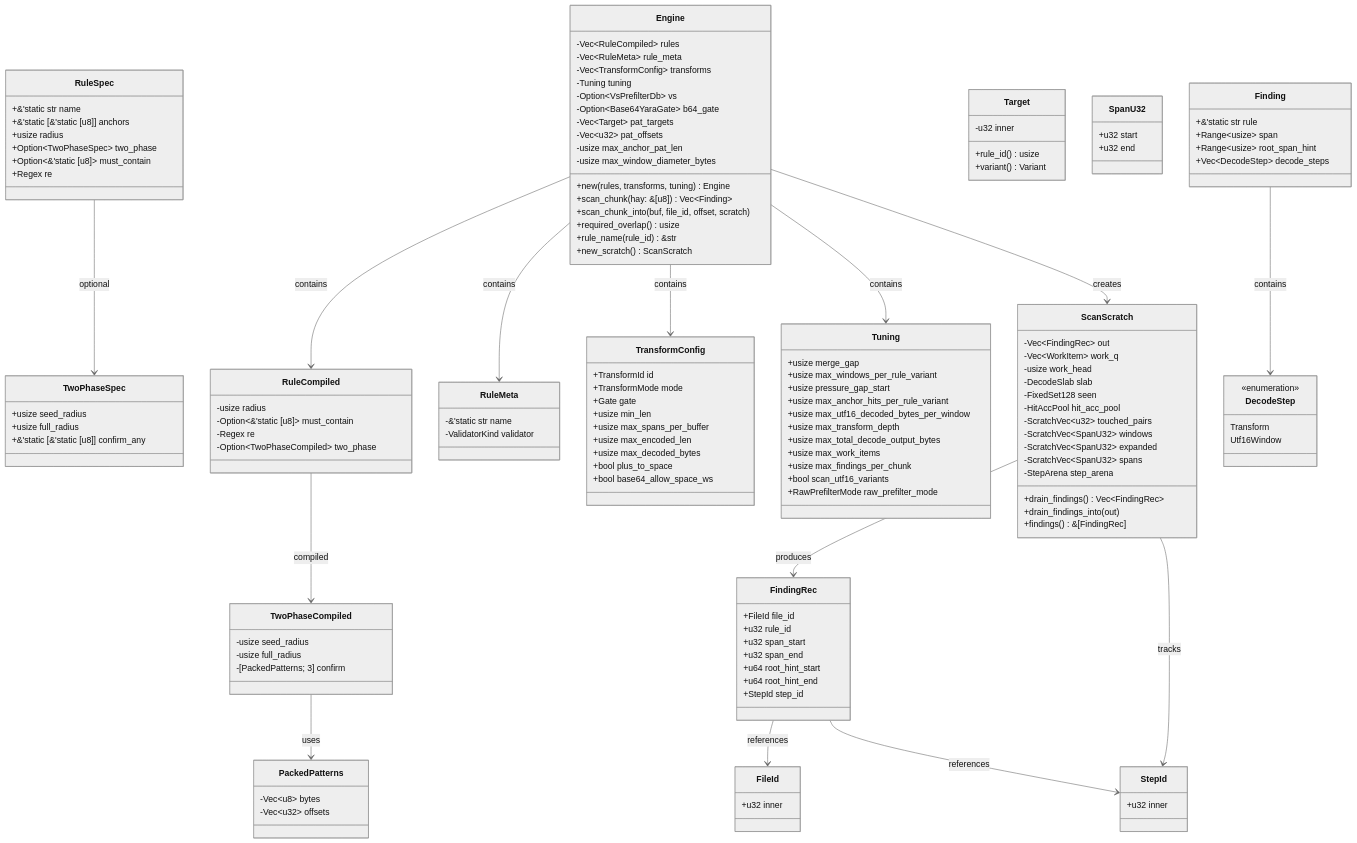
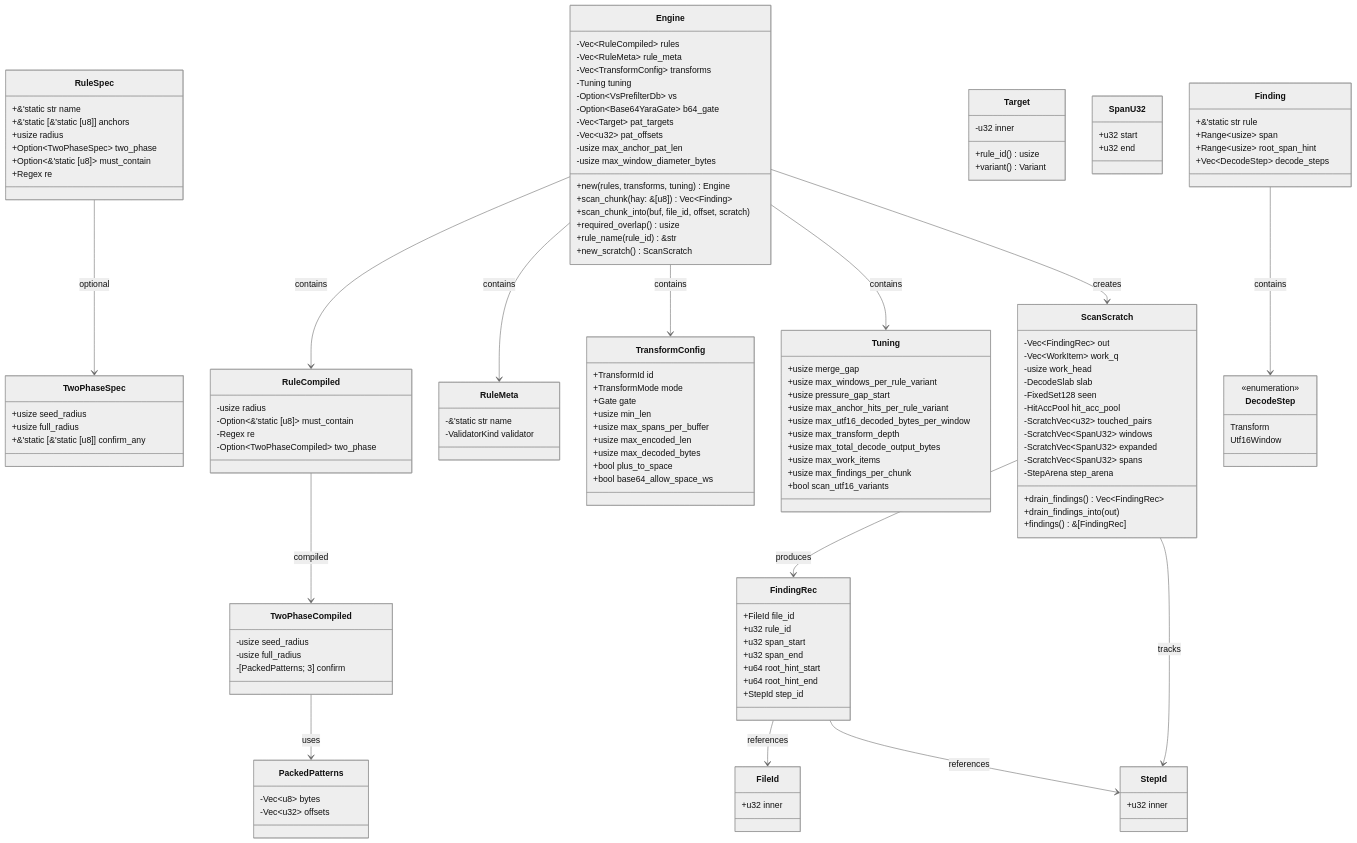
The first of 4 diagrams in docs/data-types.md (ahrav/scratch-scanner-rs), drawn with Mermaid (neutral theme) before and after one commit. The commit also changed 11 other files, not shown here.

```diff
--- a/docs/data-types.md
+++ b/docs/data-types.md
@@ -97,7 +97,6 @@
         +usize max_work_items
         +usize max_findings_per_chunk
         +bool scan_utf16_variants
-        +RawPrefilterMode raw_prefilter_mode
     }
 
     class ScanScratch {
```
